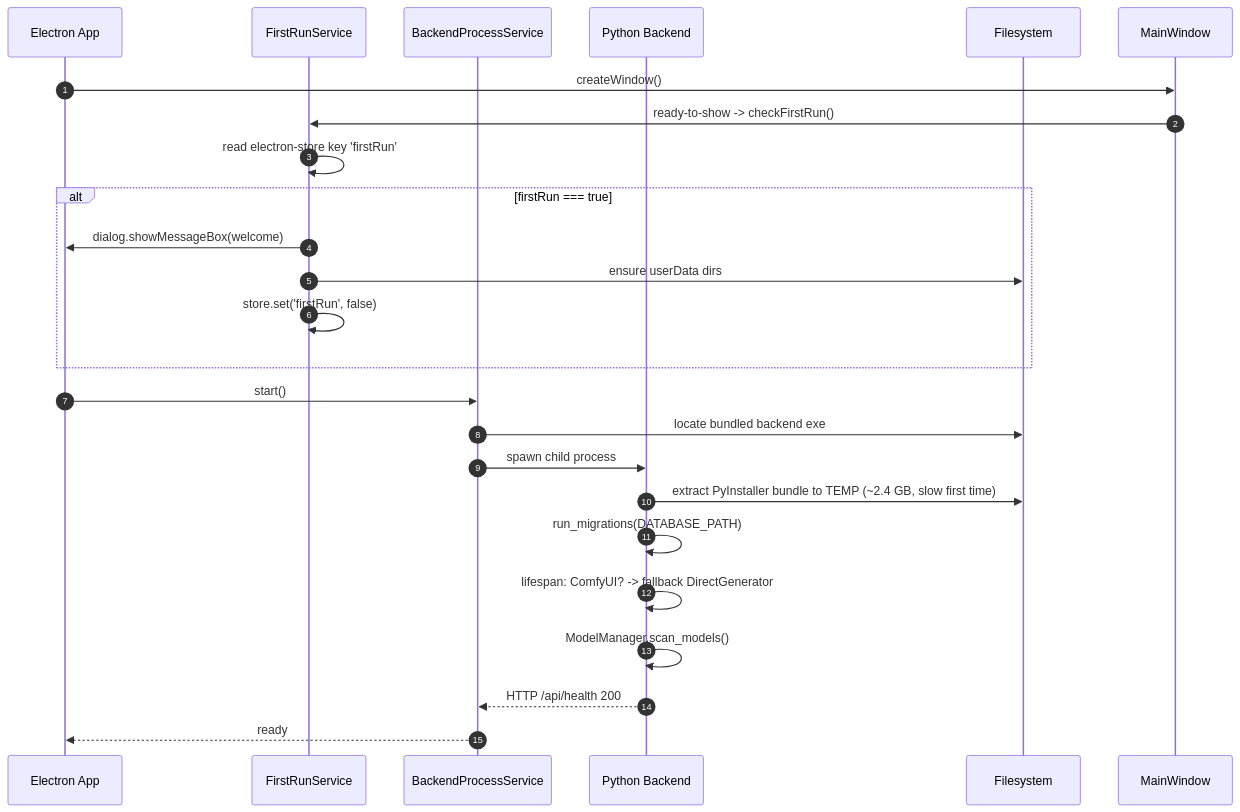
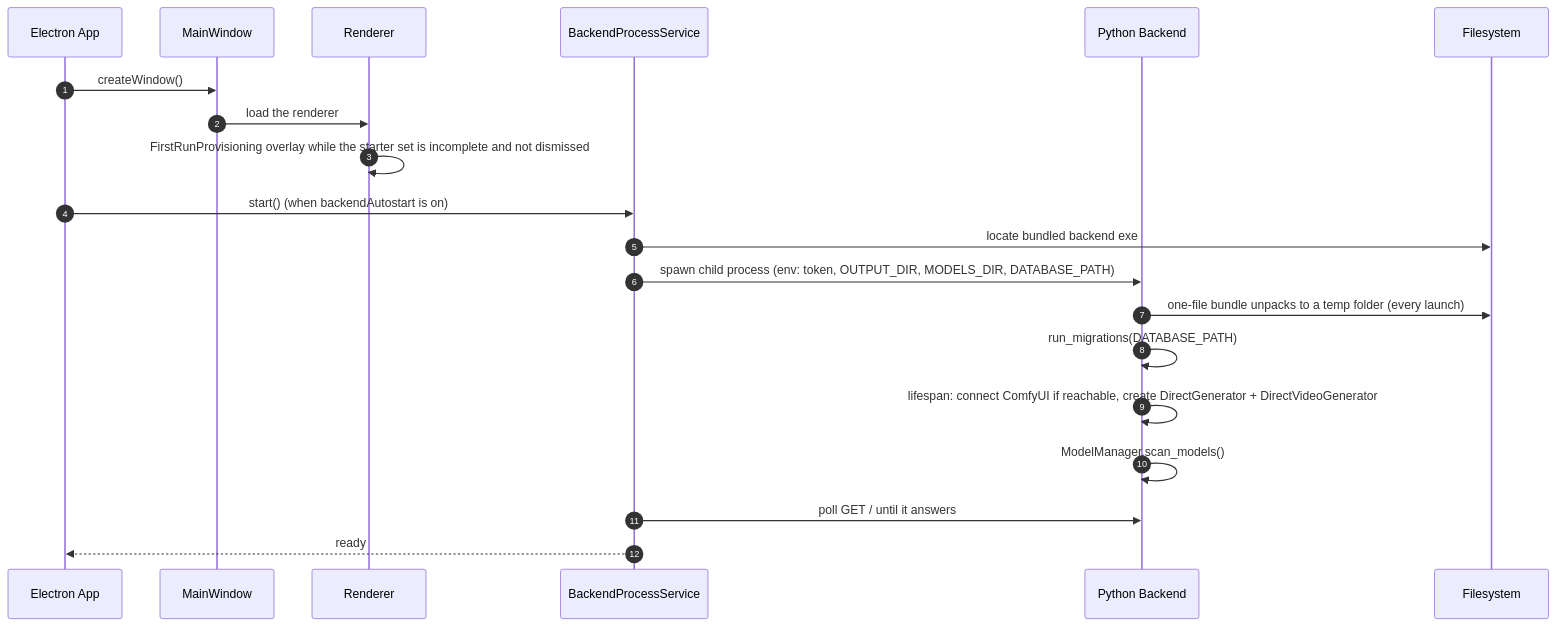
Before and after one commit to Git-Rocky-Stack/vision-studio: the ninth of 11 diagrams in docs/diagrams/diagrams.md, drawn with Mermaid. The commit also changed other lines of this file and 9 other files, not shown here.

````diff
--- a/docs/diagrams/diagrams.md
+++ b/docs/diagrams/diagrams.md
@@ -236,27 +240,22 @@
 ```mermaid
 sequenceDiagram
     autonumber
     participant App as Electron App
-    participant FR as FirstRunService
+    participant Win as MainWindow
+    participant UI as Renderer
     participant BP as BackendProcessService
     participant Py as Python Backend
     participant FS as Filesystem
-    participant Win as MainWindow
     App->>Win: createWindow()
-    Win->>FR: ready-to-show -> checkFirstRun()
-    FR->>FR: read electron-store key 'firstRun'
-    alt firstRun === true
-        FR->>App: dialog.showMessageBox(welcome)
-        FR->>FS: ensure userData dirs
-        FR->>FR: store.set('firstRun', false)
-    end
-    App->>BP: start()
+    Win->>UI: load the renderer
+    UI->>UI: FirstRunProvisioning overlay while the starter set is incomplete and not dismissed
+    App->>BP: start() (when backendAutostart is on)
     BP->>FS: locate bundled backend exe
-    BP->>Py: spawn child process
-    Py->>FS: extract PyInstaller bundle to TEMP (~2.4 GB, slow first time)
+    BP->>Py: spawn child process (env: token, OUTPUT_DIR, MODELS_DIR, DATABASE_PATH)
+    Py->>FS: one-file bundle unpacks to a temp folder (every launch)
     Py->>Py: run_migrations(DATABASE_PATH)
-    Py->>Py: lifespan: ComfyUI? -> fallback DirectGenerator
+    Py->>Py: lifespan: connect ComfyUI if reachable, create DirectGenerator + DirectVideoGenerator
     Py->>Py: ModelManager.scan_models()
-    Py-->>BP: HTTP /api/health 200
+    BP->>Py: poll GET / until it answers
     BP-->>App: ready
 ```
````
